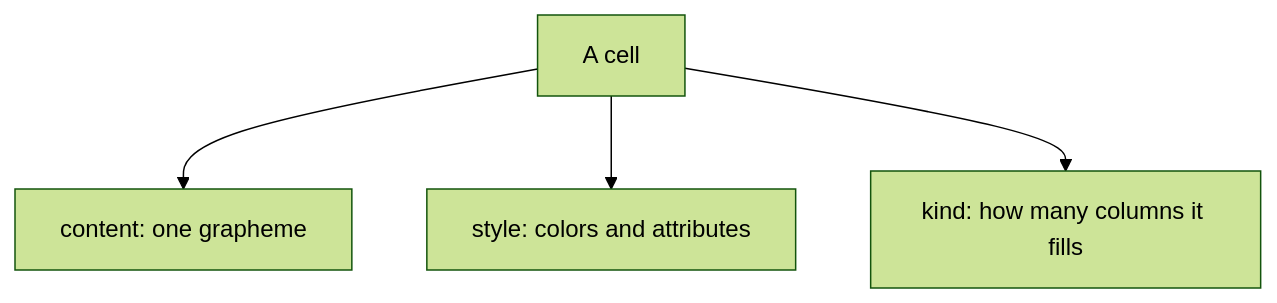
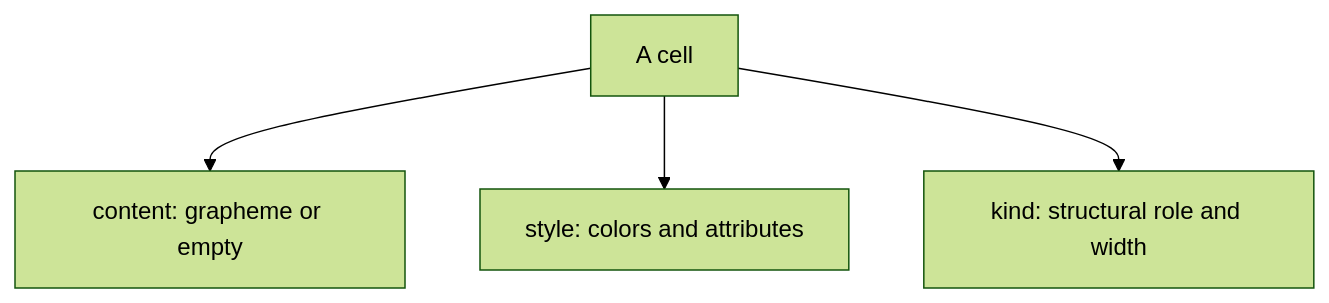
The diagram in website/content/docs/concepts/cells.md (aymanbagabas/uncurses), drawn with Mermaid (forest theme) before and after one commit. The commit also changed other lines of this file and 26 other files, not shown here.

````diff
--- a/website/content/docs/concepts/cells.md
+++ b/website/content/docs/concepts/cells.md
@@ -15,6 +15,6 @@
 ```mermaid
 flowchart TB
-  cell["A cell"] --> txt["content: one grapheme"]
+  cell["A cell"] --> txt["content: grapheme or empty"]
   cell --> look["style: colors and attributes"]
-  cell --> cols["kind: how many columns it fills"]
+  cell --> cols["kind: structural role and width"]
 ```
````
